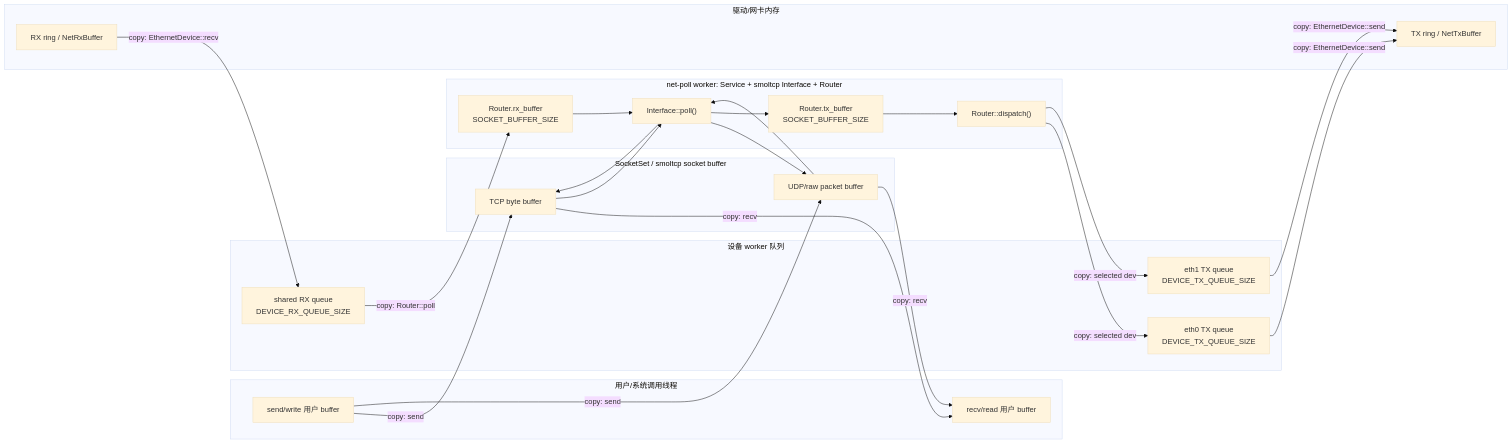
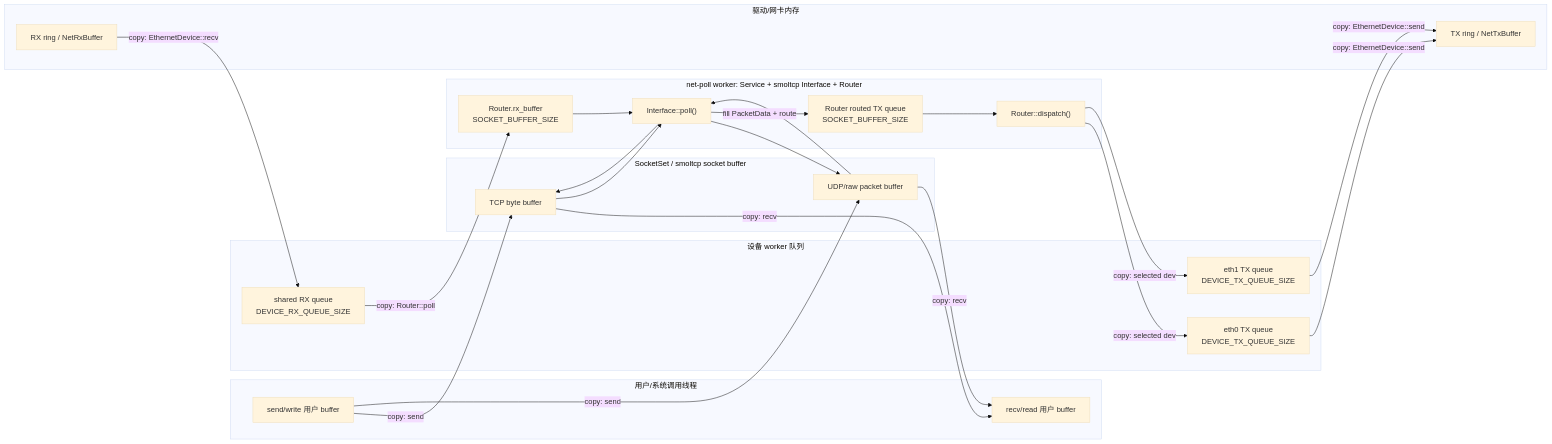
The first of 4 diagrams in docs/docs/architecture/net/memory.md (rcore-os/tgoskits), drawn with Mermaid (base theme) before and after one commit. The commit also changed other lines of this file and 19 other files, not shown here.

````diff
--- a/docs/docs/architecture/net/memory.md
+++ b/docs/docs/architecture/net/memory.md
@@ -34,49 +34,49 @@
 ```mermaid
 flowchart LR
     subgraph User["用户/系统调用线程"]
         UserTx["send/write 用户 buffer"]
         UserRx["recv/read 用户 buffer"]
     end
 
     subgraph SocketSet["SocketSet / smoltcp socket buffer"]
         TcpBuf["TCP byte buffer"]
         UdpRawBuf["UDP/raw packet buffer"]
     end
 
     subgraph Core["net-poll worker: Service + smoltcp Interface + Router"]
         RxBuf["Router.rx_buffer<br/>SOCKET_BUFFER_SIZE"]
-        TxBuf["Router.tx_buffer<br/>SOCKET_BUFFER_SIZE"]
+        TxQueue["Router routed TX queue<br/>SOCKET_BUFFER_SIZE"]
         Poll["Interface::poll()"]
         Dispatch["Router::dispatch()"]
     end
 
     subgraph Queues["设备 worker 队列"]
         SharedRx["shared RX queue<br/>DEVICE_RX_QUEUE_SIZE"]
         TxQ0["eth0 TX queue<br/>DEVICE_TX_QUEUE_SIZE"]
         TxQ1["eth1 TX queue<br/>DEVICE_TX_QUEUE_SIZE"]
     end
 
     subgraph Driver["驱动/网卡内存"]
         RxMem["RX ring / NetRxBuffer"]
         TxMem["TX ring / NetTxBuffer"]
     end
 
     RxMem -->|"copy: EthernetDevice::recv"| SharedRx
     SharedRx -->|"copy: Router::poll"| RxBuf
     RxBuf --> Poll
     Poll --> TcpBuf
     Poll --> UdpRawBuf
     TcpBuf -->|"copy: recv"| UserRx
     UdpRawBuf -->|"copy: recv"| UserRx
 
     UserTx -->|"copy: send"| TcpBuf
     UserTx -->|"copy: send"| UdpRawBuf
     TcpBuf --> Poll
     UdpRawBuf --> Poll
-    Poll --> TxBuf
-    TxBuf --> Dispatch
+    Poll -->|"fill PacketData + route"| TxQueue
+    TxQueue --> Dispatch
     Dispatch -->|"copy: selected dev"| TxQ0
     Dispatch -->|"copy: selected dev"| TxQ1
     TxQ0 -->|"copy: EthernetDevice::send"| TxMem
     TxQ1 -->|"copy: EthernetDevice::send"| TxMem
 ```
````
